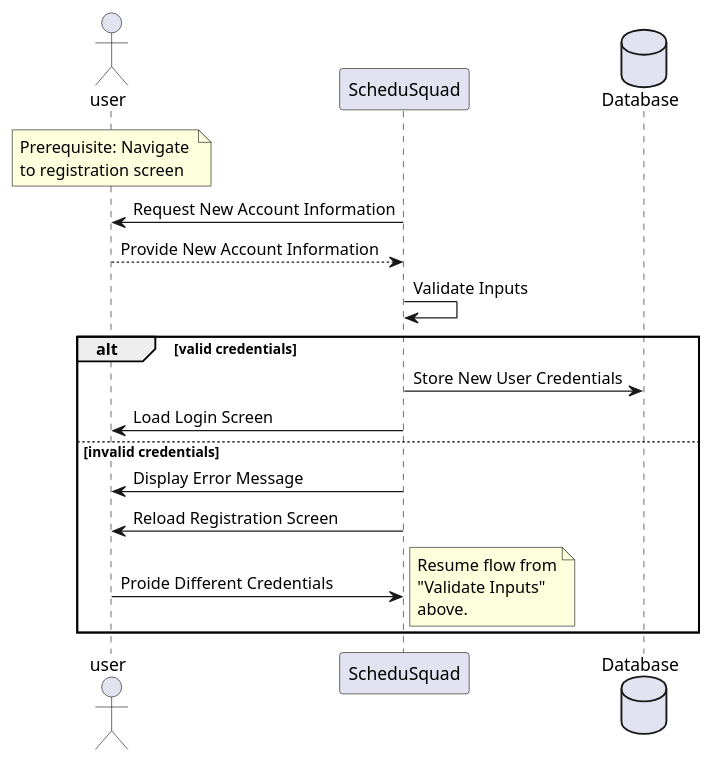
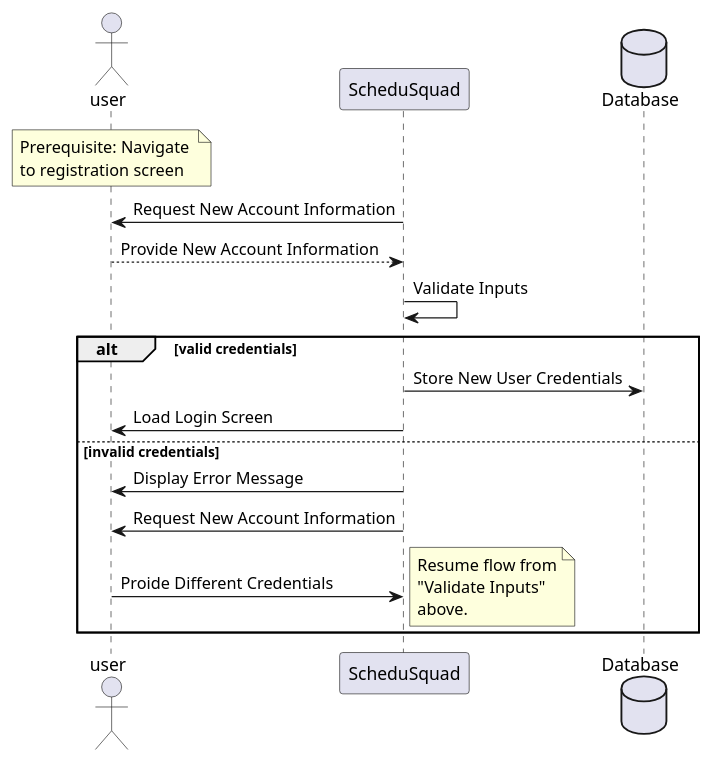
Before and after one commit to dhilbmann/ScheduSquad: the diagram in plantuml/SequenceDiagrams/registration.plantuml, drawn with PlantUML. The commit also changed 6 other files, not shown here.

Commit message:
Updating plantuml sequence diagrams for final project submission.

```diff
--- a/plantuml/SequenceDiagrams/registration.plantuml
+++ b/plantuml/SequenceDiagrams/registration.plantuml
@@ -1,28 +1,28 @@
 @startuml Registration
 actor user
 participant ScheduSquad as app
 database Database as db
 
 note over user
 Prerequisite: Navigate 
 to registration screen
 end note
 
 app -> user : Request New Account Information
 user --> app : Provide New Account Information
 app -> app : Validate Inputs
 
 alt valid credentials
     app -> db : Store New User Credentials
     app -> user : Load Login Screen
 else invalid credentials
     app -> user : Display Error Message
-    app -> user : Reload Registration Screen
+    app -> user : Request New Account Information
     user -> app : Proide Different Credentials
     note right
     Resume flow from
     "Validate Inputs"
     above.
     end note
 end
 @enduml
```
